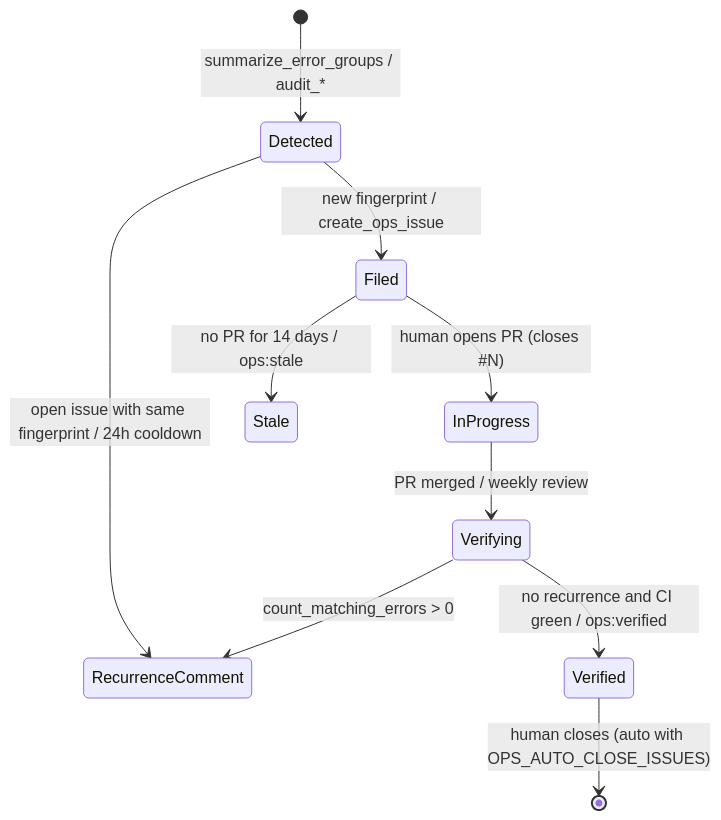
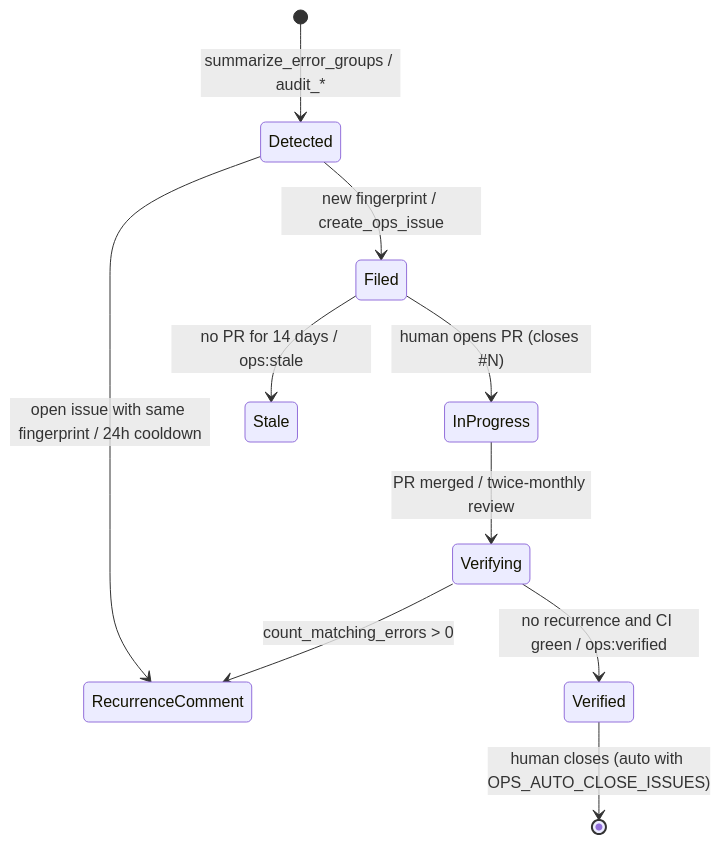
One commit to atsuki-sakai/cloud-ops-team changed the fourth of 4 diagrams in docs/en/architecture.md. Above: the diagram before and after it, drawn with Mermaid. The commit also changed other lines of this file and 36 other files, not shown here.

````diff
--- a/docs/en/architecture.md
+++ b/docs/en/architecture.md
@@ -290,12 +293,12 @@
 ```mermaid
 stateDiagram-v2
     [*] --> Detected: summarize_error_groups / audit_*
     Detected --> Filed: new fingerprint / create_ops_issue
     Detected --> RecurrenceComment: open issue with same fingerprint / 24h cooldown
     Filed --> InProgress: human opens PR (closes #N)
-    InProgress --> Verifying: PR merged / weekly review
+    InProgress --> Verifying: PR merged / twice-monthly review
     Verifying --> Verified: no recurrence and CI green / ops:verified
     Verifying --> RecurrenceComment: count_matching_errors > 0
     Filed --> Stale: no PR for 14 days / ops:stale
     Verified --> [*]: human closes (auto with OPS_AUTO_CLOSE_ISSUES)
 ```
````
